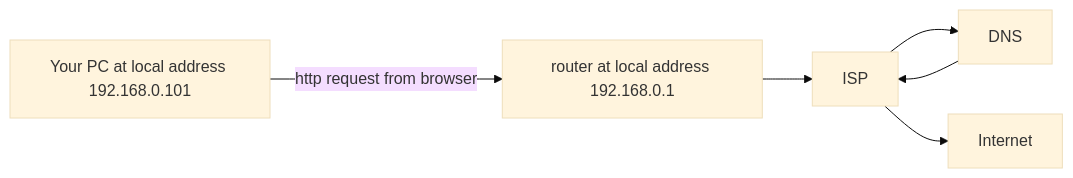
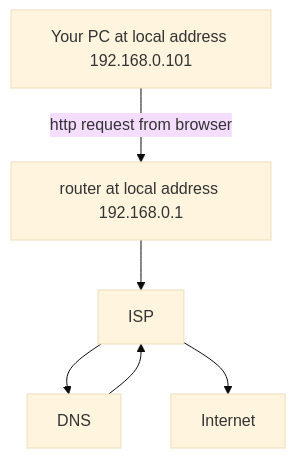
The diagram in internet-graph-single.md (omahane/intro-to-web-development), drawn with Mermaid (base theme) before and after one commit.

Commit message:
Changes to top-down

````diff
--- a/internet-graph-single.md
+++ b/internet-graph-single.md
@@ -2,8 +2,8 @@
 ```mermaid
-graph LR
+graph TD
 Home_PC[Your PC at local address 192.168.0.101] --  http request from browser--> your_LAN[router at local address 192.168.0.1]
 your_LAN --> ISP
 ISP --> DNS
 DNS --> ISP
 ISP --> Internet
 ```
````
